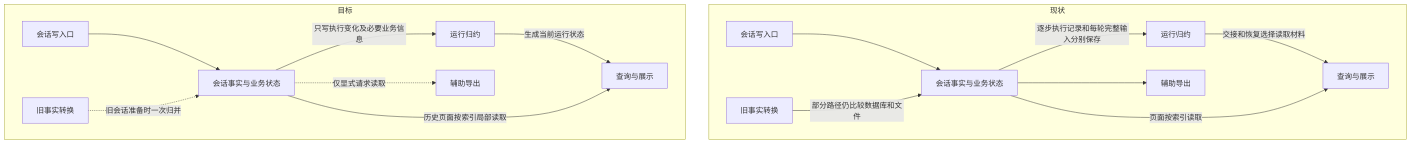
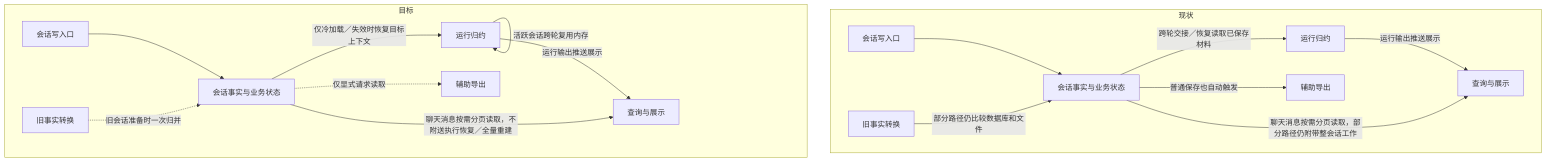
Before and after one commit to SpaceHuang/SpaceAssistant: the diagram in docs/develop/storage-session/in-flight/会话存储全链路性能改进方案.md, drawn with Mermaid. The commit also changed other lines of this file and 2 other files, not shown here.

````diff
--- a/docs/develop/storage-session/in-flight/会话存储全链路性能改进方案.md
+++ b/docs/develop/storage-session/in-flight/会话存储全链路性能改进方案.md
@@ -121,19 +122,20 @@
 ```mermaid
 flowchart TB
   subgraph OLD[现状]
     O1[会话写入口] --> O2[会话事实与业务状态]
-    O2 -->|逐步执行记录和每轮完整输入分别保存| O3[运行归约]
-    O3 -->|交接和恢复选择读取材料| O4[查询与展示]
-    O2 -->|页面按索引读取| O4
-    O2 --> O5[辅助导出]
+    O2 -->|跨轮交接／恢复读取已保存材料| O3[运行归约]
+    O3 -->|运行输出推送展示| O4[查询与展示]
+    O2 -->|聊天消息按需分页读取，部分路径仍附带整会话工作| O4
+    O2 -->|普通保存也自动触发| O5[辅助导出]
     O6[旧事实转换] -->|部分路径仍比较数据库和文件| O2
   end
   subgraph NEW[目标]
     N1[会话写入口] --> N2[会话事实与业务状态]
-    N2 -->|只写执行变化及必要业务信息| N3[运行归约]
-    N3 -->|生成当前运行状态| N4[查询与展示]
-    N2 -->|历史页面按索引局部读取| N4
+    N2 -->|仅冷加载／失效时恢复目标上下文| N3[运行归约]
+    N3 -->|活跃会话跨轮复用内存| N3
+    N3 -->|运行输出推送展示| N4[查询与展示]
+    N2 -->|聊天消息按需分页读取，不附送执行恢复／全量重建| N4
     N2 -.仅显式请求读取.-> N5[辅助导出]
     N6[旧事实转换] -.旧会话准备时一次归并.-> N2
   end
 ```
````
